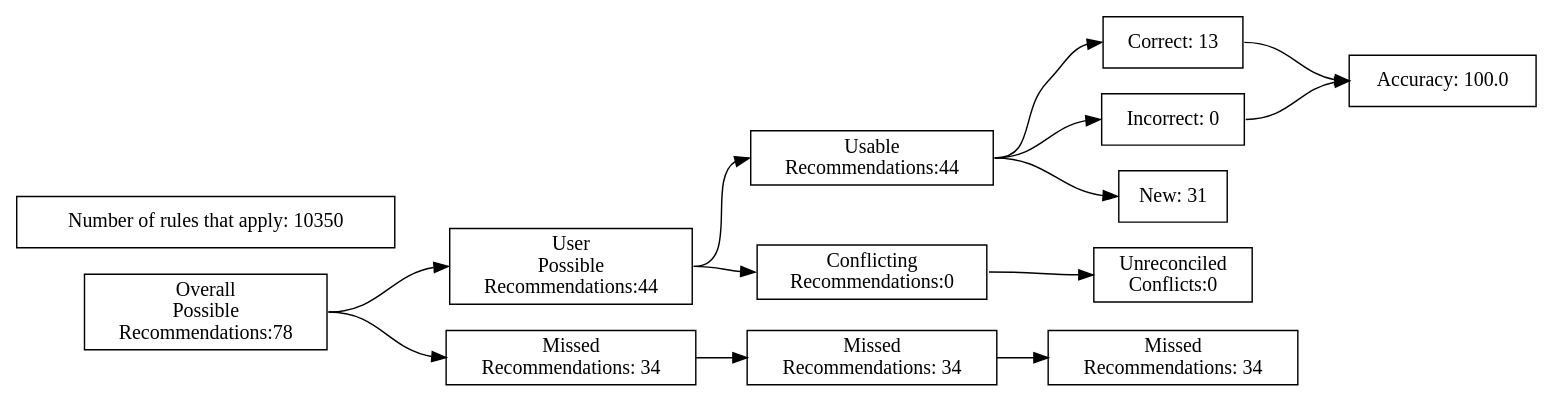
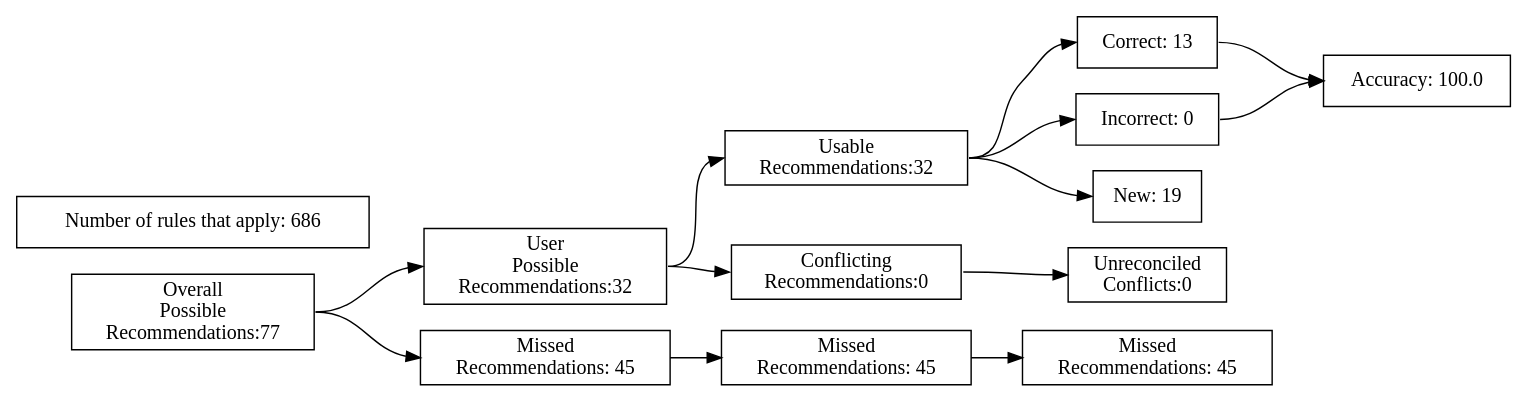
One commit to ZaxR/ibd_diet_analysis changed the diagram in test_renders/77.gv. Above: the diagram before and after it, drawn with Graphviz. The commit also changed 224 other files, not shown here.

Commit message:
Add model summary chart; fix typos

```diff
--- a/test_renders/77.gv
+++ b/test_renders/77.gv
@@ -1,40 +1,40 @@
 digraph {
 	graph [rankdir=LR]
 	node [pos=r shape=box]
 	edge [headport=w tailport=e]
 		A [label="Overall
 Possible
-Recommendations:78"]
+Recommendations:77"]
 		B [label="User
 Possible
-Recommendations:44"]
+Recommendations:32"]
 		C [label="Missed
-Recommendations: 34"]
+Recommendations: 45"]
 		D [label="Usable
-Recommendations:44"]
+Recommendations:32"]
 		E [label="Conflicting
 Recommendations:0"]
 		J [label="Missed
-Recommendations: 34"]
+Recommendations: 45"]
 		M [label="Unreconciled
 Conflicts:0"]
 		F [label="Correct: 13"]
 		G [label="Incorrect: 0"]
-		H [label="New: 31"]
+		H [label="New: 19"]
 		K [label="Missed
-Recommendations: 34"]
+Recommendations: 45"]
 		I [label="Accuracy: 100.0"]
-		l [label="Number of rules that apply: 10350"]
+		l [label="Number of rules that apply: 686"]
 			A -> B
 			A -> C
 			B -> D
 			B -> E
 			D -> F
 			D -> G
 			D -> H
 			F -> I
 			G -> I
 			C -> J
 			J -> K
 			E -> M
 }
```
